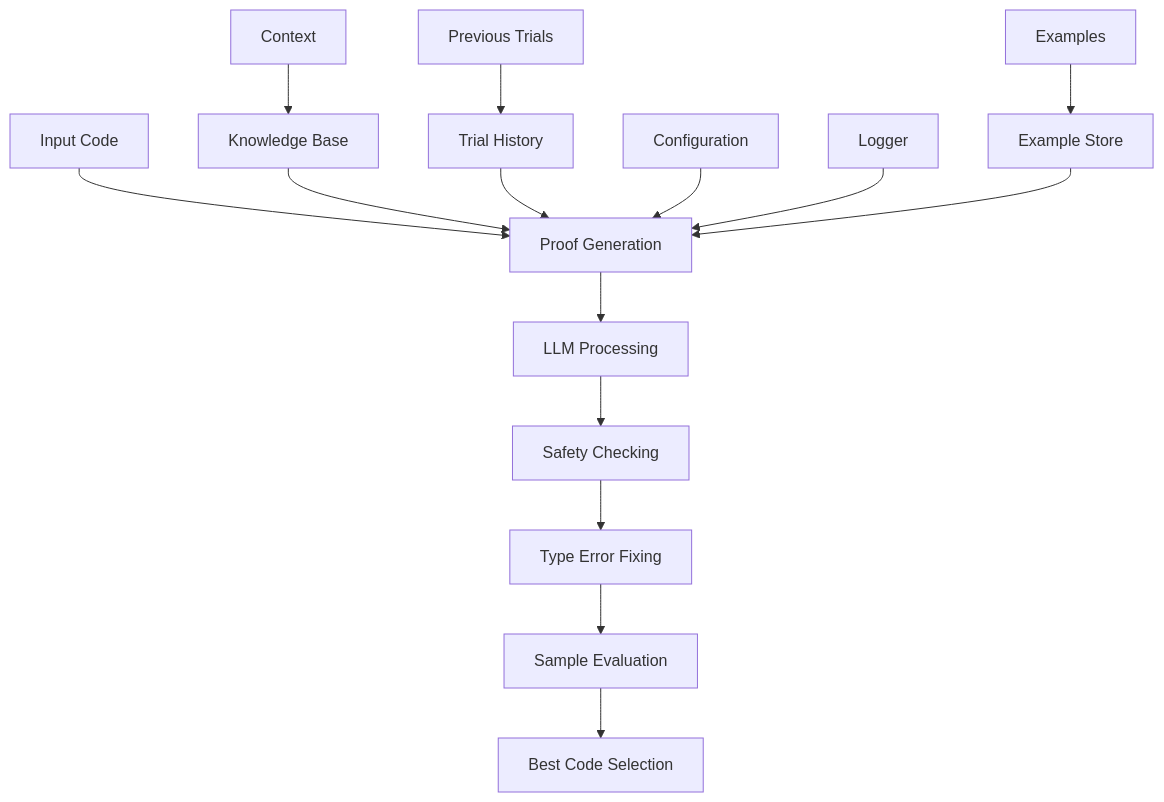
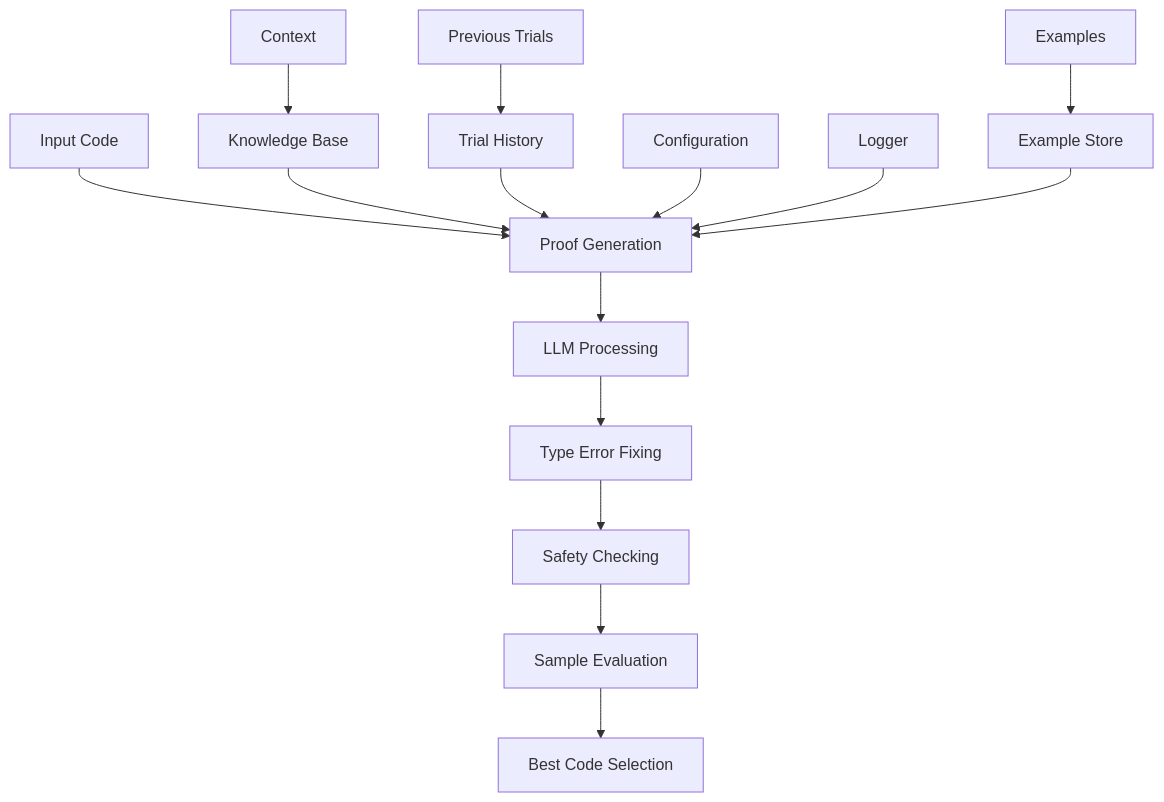
One commit to ChuyueSun/VeriStruct changed the diagram in documentation/technical/modules/proof_generation.md. Above: the diagram before and after it, drawn with Mermaid. The commit also changed 2 other files, not shown here.

Commit message:
Add tests for proof skip logic

````diff
--- a/documentation/technical/modules/proof_generation.md
+++ b/documentation/technical/modules/proof_generation.md
@@ -9,21 +9,21 @@
 ```mermaid
 graph TD
     A[Input Code] --> B[Proof Generation]
     B --> C[LLM Processing]
-    C --> D[Safety Checking]
-    D --> E[Type Error Fixing]
+    C --> D[Type Error Fixing]
+    D --> E[Safety Checking]
     E --> F[Sample Evaluation]
     F --> G[Best Code Selection]
     
     H[Context] --> I[Knowledge Base]
     I --> B
     
     J[Previous Trials] --> K[Trial History]
     K --> B
     
     L[Configuration] --> B
     M[Logger] --> B
     
     N[Examples] --> O[Example Store]
     O --> B
 ```
````
